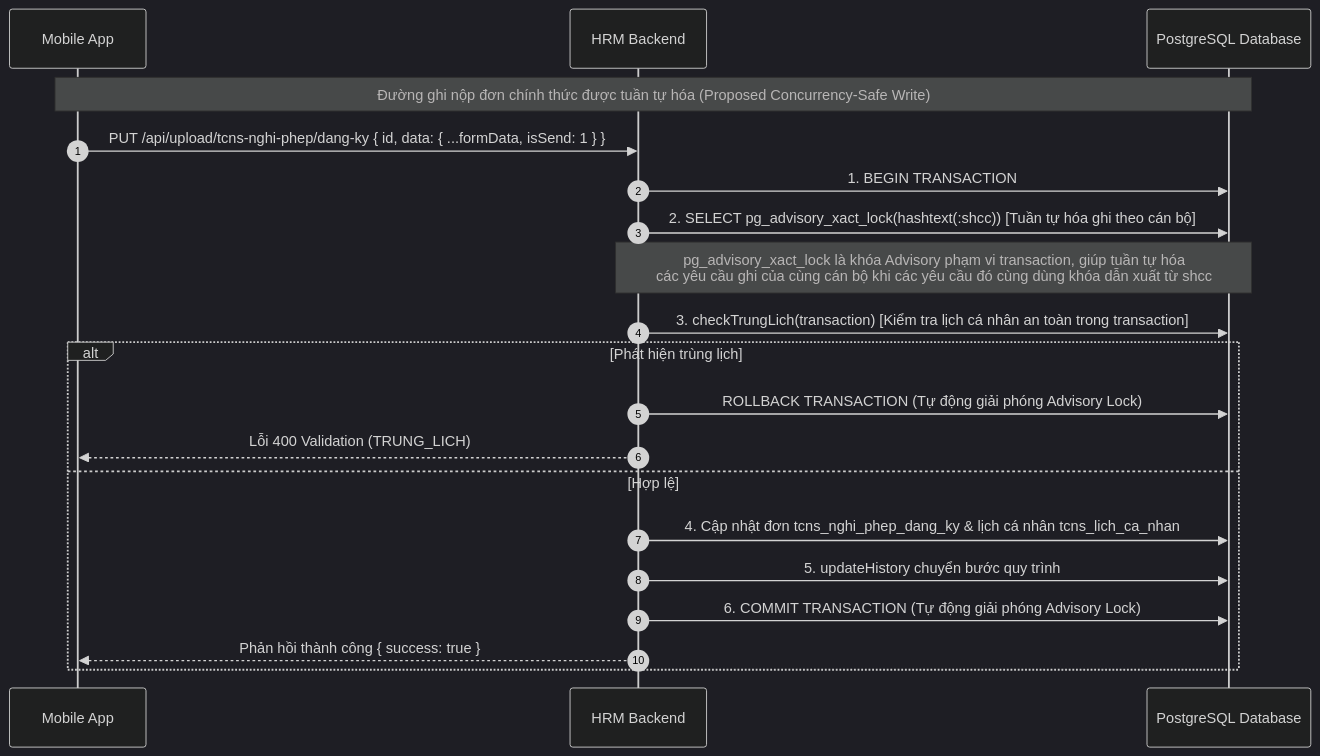
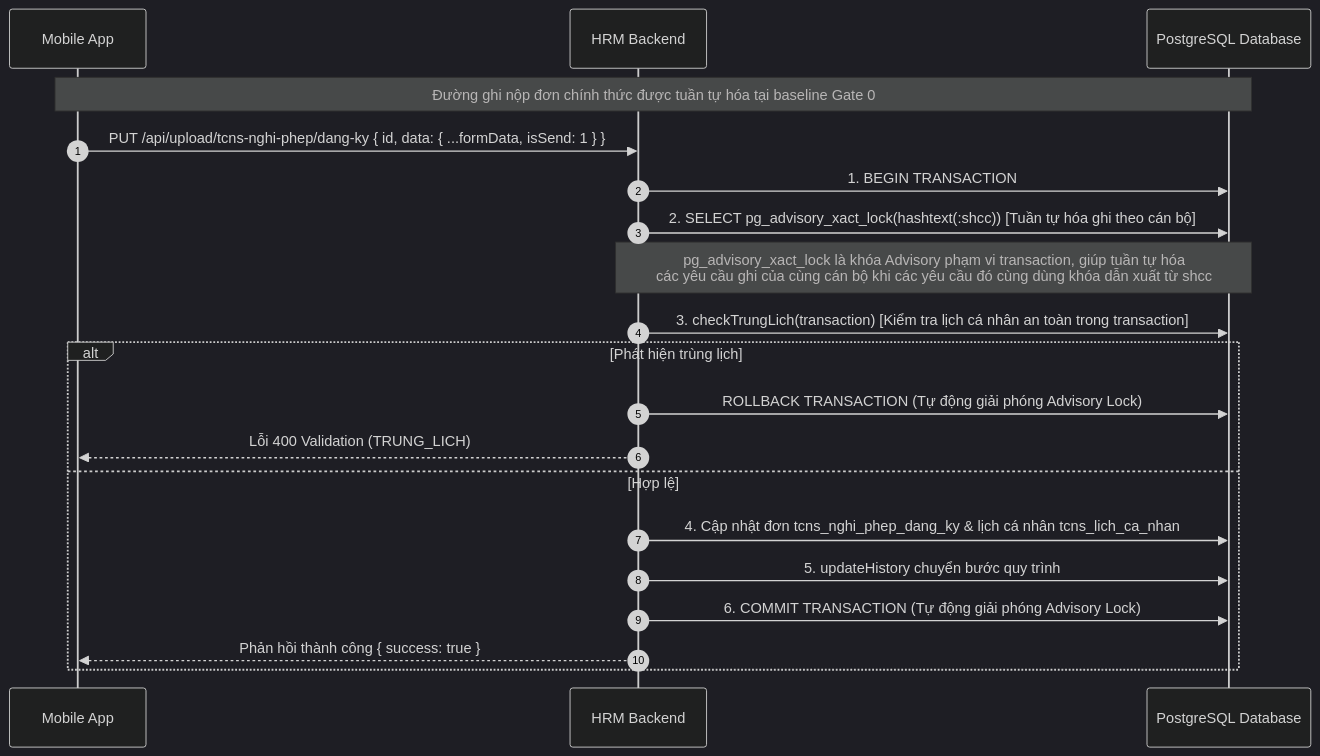
The fourth of 7 diagrams in docs/SYSTEM_OPERATION.md (xchinh/Report-DATN), drawn with Mermaid (dark theme) before and after one commit. The commit also changed other lines of this file and 114 other files, not shown here.

````diff
--- a/docs/SYSTEM_OPERATION.md
+++ b/docs/SYSTEM_OPERATION.md
@@ -340,23 +346,23 @@
 ```mermaid
 sequenceDiagram
     autonumber
     participant Mobile as Mobile App
     participant HRM as HRM Backend
     participant DB as PostgreSQL Database
 
-    Note over Mobile,DB: Đường ghi nộp đơn chính thức được tuần tự hóa (Proposed Concurrency-Safe Write)
+    Note over Mobile,DB: Đường ghi nộp đơn chính thức được tuần tự hóa tại baseline Gate 0
     Mobile->>HRM: PUT /api/upload/tcns-nghi-phep/dang-ky { id, data: { ...formData, isSend: 1 } }
     HRM->>DB: 1. BEGIN TRANSACTION
     HRM->>DB: 2. SELECT pg_advisory_xact_lock(hashtext(:shcc)) [Tuần tự hóa ghi theo cán bộ]
     Note over HRM,DB: pg_advisory_xact_lock là khóa Advisory phạm vi transaction, giúp tuần tự hóa<br>các yêu cầu ghi của cùng cán bộ khi các yêu cầu đó cùng dùng khóa dẫn xuất từ shcc
     HRM->>DB: 3. checkTrungLich(transaction) [Kiểm tra lịch cá nhân an toàn trong transaction]
     alt Phát hiện trùng lịch
         HRM->>DB: ROLLBACK TRANSACTION (Tự động giải phóng Advisory Lock)
         HRM-->>Mobile: Lỗi 400 Validation (TRUNG_LICH)
     else Hợp lệ
         HRM->>DB: 4. Cập nhật đơn tcns_nghi_phep_dang_ky & lịch cá nhân tcns_lich_ca_nhan
         HRM->>DB: 5. updateHistory chuyển bước quy trình
         HRM->>DB: 6. COMMIT TRANSACTION (Tự động giải phóng Advisory Lock)
         HRM-->>Mobile: Phản hồi thành công { success: true }
     end
 ```
````
